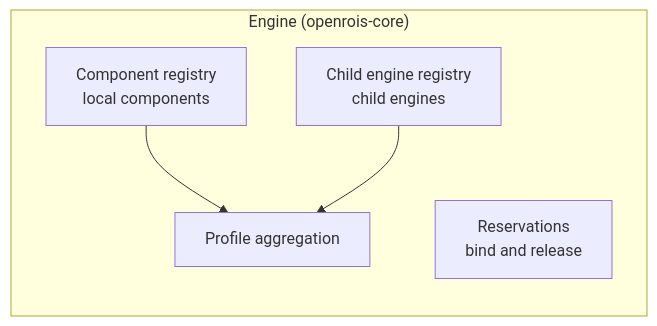
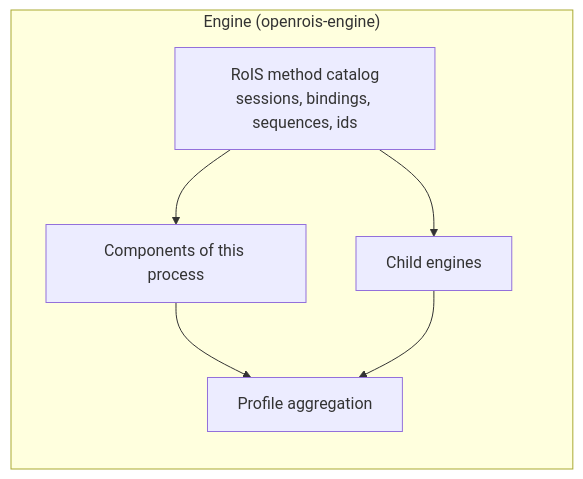
Before and after one commit to openrois/openrois-docs: the diagram in docs/concepts/recursive-engine.md, drawn with Mermaid. The commit also changed other lines of this file and 14 other files, not shown here.

````diff
--- a/docs/concepts/recursive-engine.md
+++ b/docs/concepts/recursive-engine.md
@@ -25,12 +27,14 @@
 ```mermaid
 flowchart TB
-    subgraph Engine["Engine (openrois-core)"]
+    subgraph Engine["Engine (openrois-engine)"]
         direction TB
-        CR["Component registry<br/>local components"]
-        SR["Child engine registry<br/>child engines"]
-        B["Reservations<br/>bind and release"]
+        C["RoIS method catalog<br/>sessions, bindings, sequences, ids"]
+        L["Components of this process"]
+        K["Child engines"]
         P["Profile aggregation"]
-        CR --> P
-        SR --> P
+        C --> L
+        C --> K
+        L --> P
+        K --> P
     end
 ```
````
